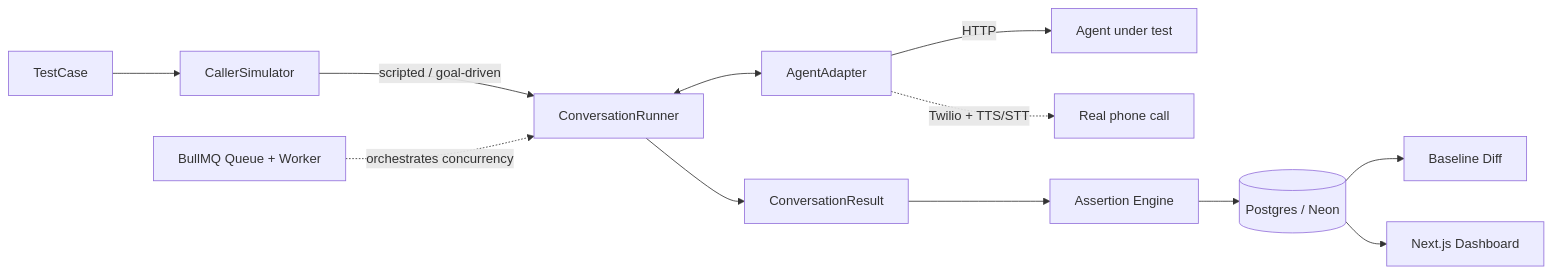
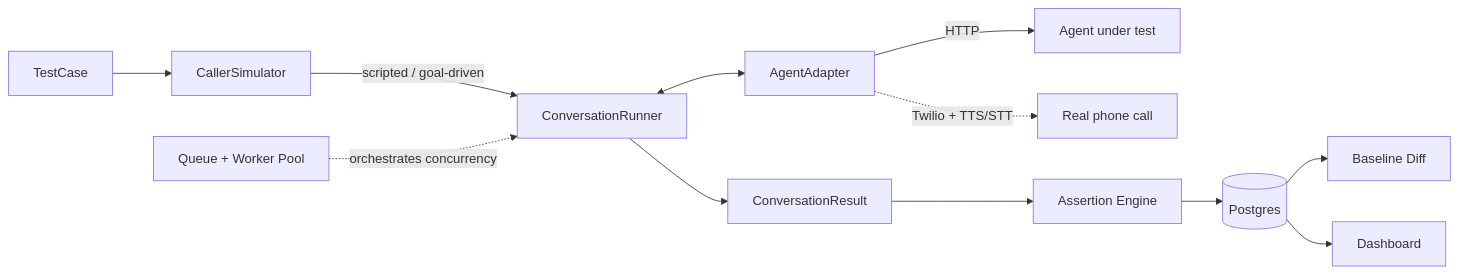
The diagram in README.md (Nakshatra-thange/voice-regression-tester), drawn with Mermaid before and after one commit. The commit also changed other lines of this file, not shown here.

````diff
--- a/README.md
+++ b/README.md
@@ -17,14 +90,14 @@
 ```mermaid
 flowchart LR
     TC[TestCase] --> CS[CallerSimulator]
     CS -->|scripted / goal-driven| CR[ConversationRunner]
     CR <--> AA[AgentAdapter]
     AA -->|HTTP| AGENT[Agent under test]
     AA -.->|Twilio + TTS/STT| PHONE[Real phone call]
     CR --> RES[ConversationResult]
     RES --> AE[Assertion Engine]
-    AE --> DB[(Postgres / Neon)]
+    AE --> DB[(Postgres)]
     DB --> DIFF[Baseline Diff]
-    DB --> DASH[Next.js Dashboard]
-    Q[BullMQ Queue + Worker] -.orchestrates concurrency.-> CR
+    DB --> DASH[Dashboard]
+    Q[Queue + Worker Pool] -.orchestrates concurrency.-> CR
 ```
````
